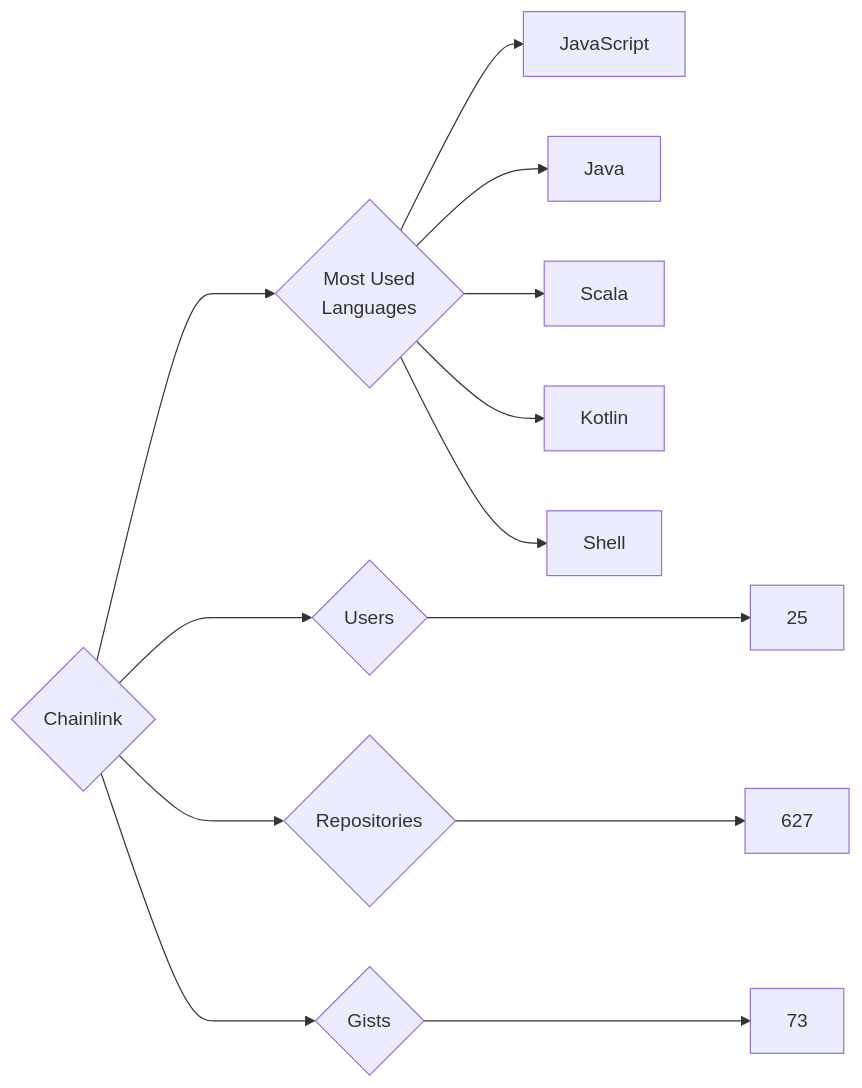
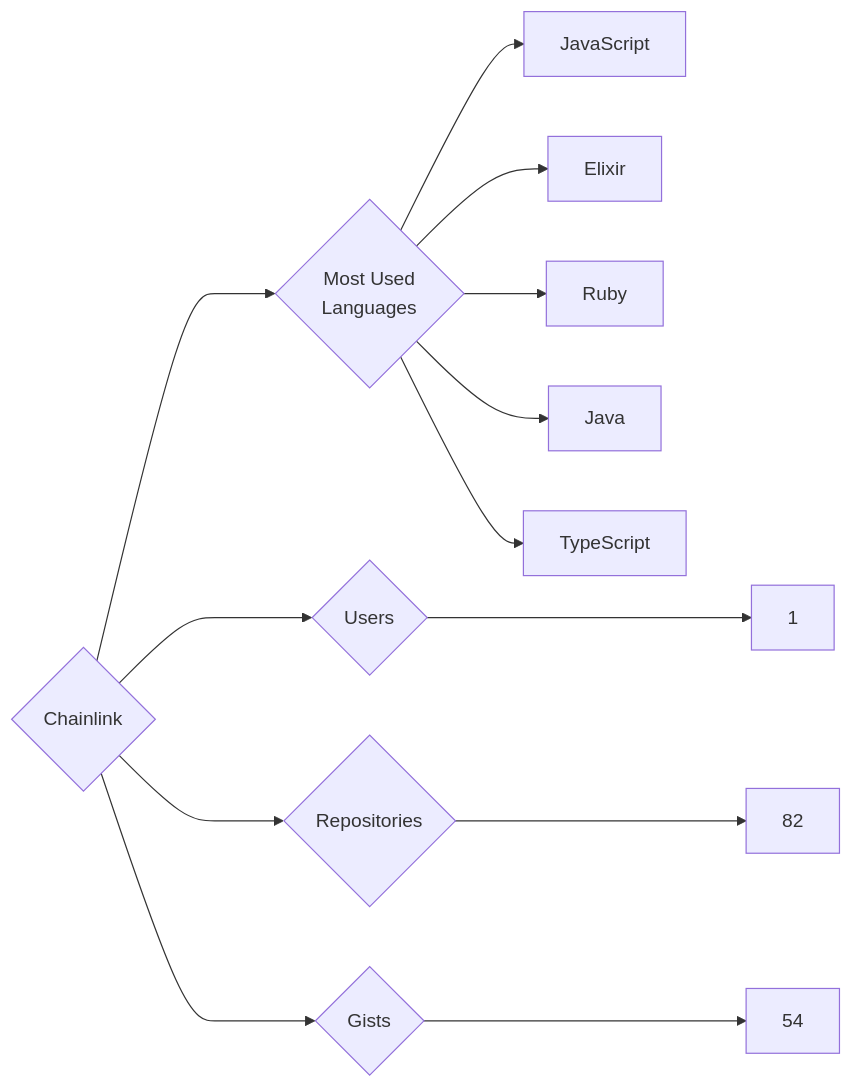
Before and after one commit to trickest/insiders: the diagram in targets/Chainlink/README.md, drawn with Mermaid. The commit also changed 874 other files, not shown here.

````diff
--- a/targets/Chainlink/README.md
+++ b/targets/Chainlink/README.md
@@ -3,13 +3,13 @@
 ```mermaid
 graph LR
 COMPANY_NAME{Chainlink}
-COMPANY_NAME ---> U{Users} ---> UN[25]
-COMPANY_NAME ---> R{Repositories} ---> RN[627]
-COMPANY_NAME ---> G{Gists} ---> GN[73]
+COMPANY_NAME ---> U{Users} ---> UN[1]
+COMPANY_NAME ---> R{Repositories} ---> RN[82]
+COMPANY_NAME ---> G{Gists} ---> GN[54]
 COMPANY_NAME ---> ML{Most Used<br>Languages}
 ML --> JavaScript[JavaScript]
+ML --> Elixir[Elixir]
+ML --> Ruby[Ruby]
 ML --> Java[Java]
-ML --> Scala[Scala]
-ML --> Kotlin[Kotlin]
-ML --> Shell[Shell]
+ML --> TypeScript[TypeScript]
 ```
````
